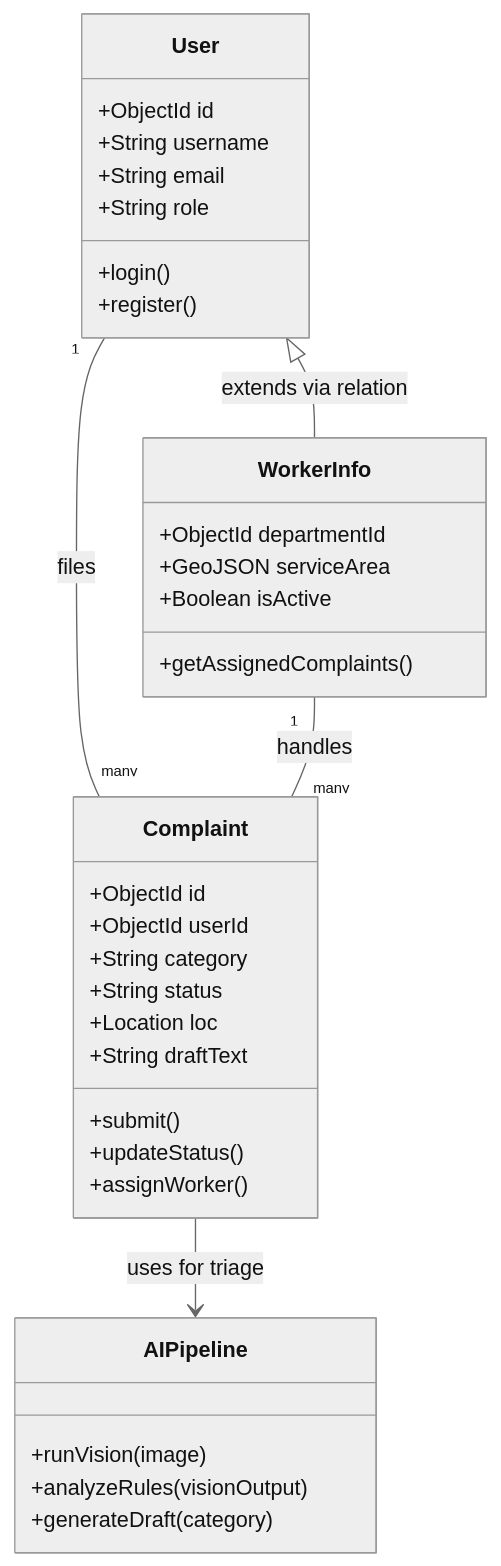
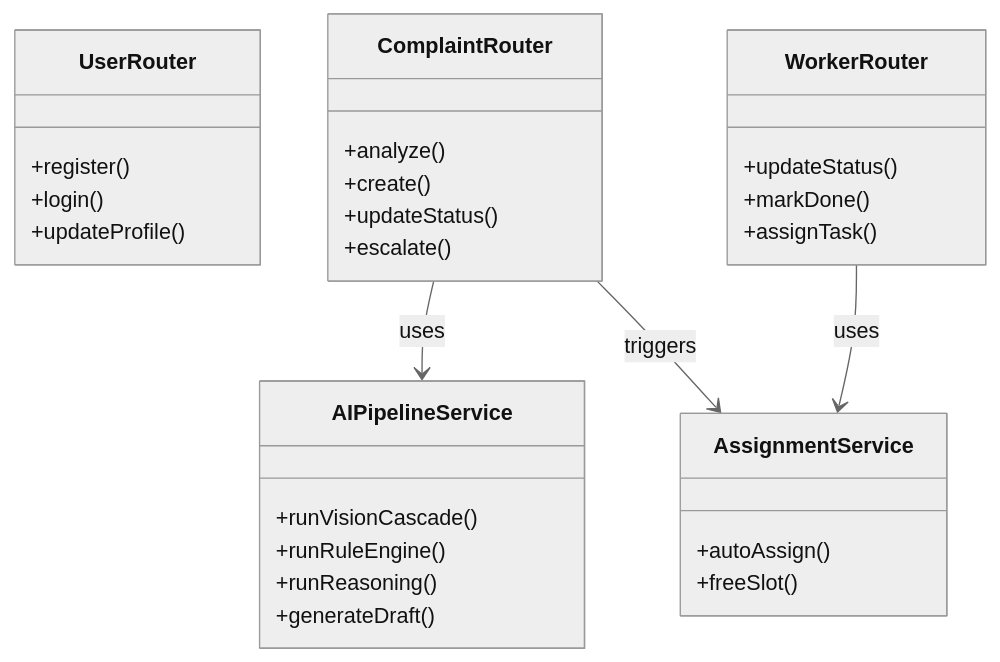
The fourth of 10 diagrams in docs/DIAGRAMS.md (ark5234/Jan-Sunwai-AI), drawn with Mermaid (neutral theme) before and after one commit. The commit also changed other lines of this file and 26 other files, not shown here.

````diff
--- a/docs/DIAGRAMS.md
+++ b/docs/DIAGRAMS.md
@@ -115,38 +107,33 @@
 ```mermaid
 classDiagram
-    class User {
-        +ObjectId id
-        +String username
-        +String email
-        +String role
+    class UserRouter {
+        +register()
         +login()
-        +register()
+        +updateProfile()
     }
-    class Complaint {
-        +ObjectId id
-        +ObjectId userId
-        +String category
-        +String status
-        +Location loc
-        +String draftText
-        +submit()
+    class ComplaintRouter {
+        +analyze()
+        +create()
         +updateStatus()
-        +assignWorker()
+        +escalate()
     }
-    class WorkerInfo {
-        +ObjectId departmentId
-        +GeoJSON serviceArea
-        +Boolean isActive
-        +getAssignedComplaints()
+    class WorkerRouter {
+        +updateStatus()
+        +markDone()
+        +assignTask()
     }
-    class AIPipeline {
-        +runVision(image)
-        +analyzeRules(visionOutput)
-        +generateDraft(category)
+    class AIPipelineService {
+        +runVisionCascade()
+        +runRuleEngine()
+        +runReasoning()
+        +generateDraft()
+    }
+    class AssignmentService {
+        +autoAssign()
+        +freeSlot()
     }
     
-    User "1" -- "many" Complaint : files
-    WorkerInfo "1" -- "many" Complaint : handles
-    User <|-- WorkerInfo : extends via relation
-    Complaint --> AIPipeline : uses for triage
+    ComplaintRouter --> AIPipelineService : uses
+    ComplaintRouter --> AssignmentService : triggers
+    WorkerRouter --> AssignmentService : uses
 ```
````
